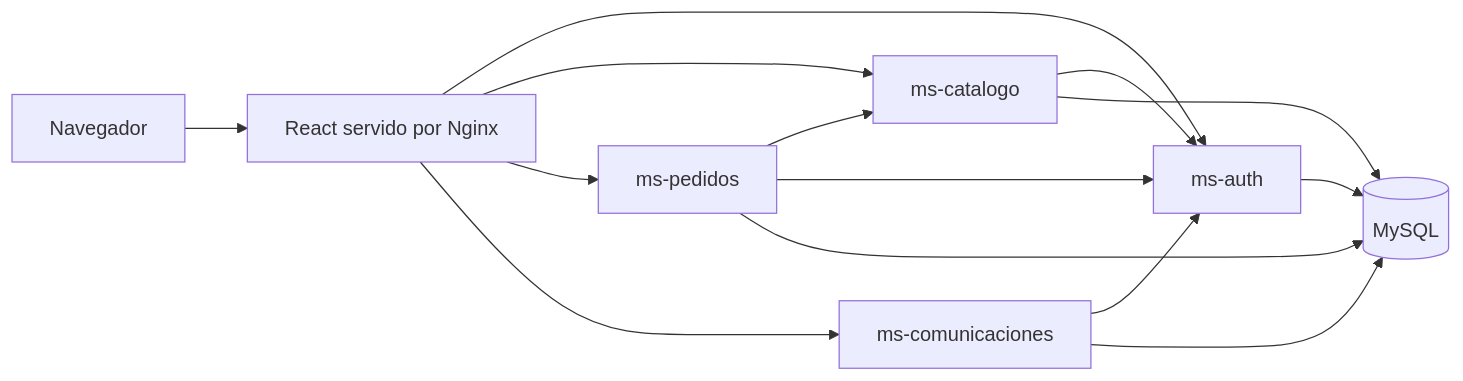
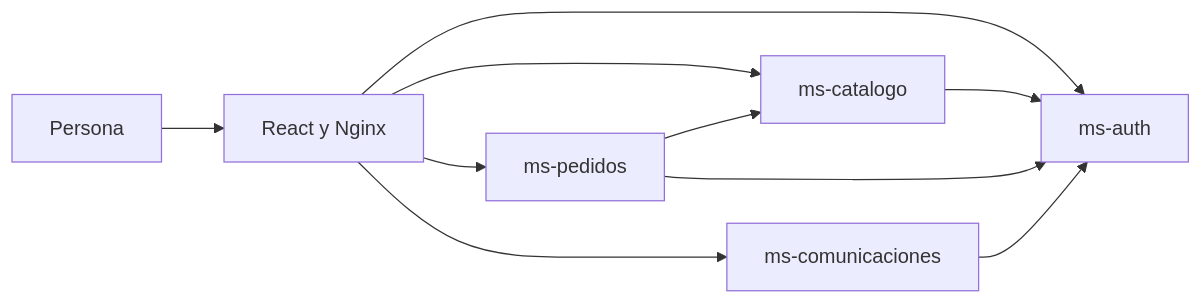
One commit to pablophdev/ja-joyeria changed the diagram in README.md. Above: the diagram before and after it, drawn with Mermaid. The commit also changed other lines of this file, not shown here.

````diff
--- a/README.md
+++ b/README.md
@@ -12,16 +9,12 @@
 ```mermaid
 flowchart LR
-    Navegador --> Frontend[React servido por Nginx]
-    Frontend --> Auth[ms-auth]
-    Frontend --> Catalogo[ms-catalogo]
-    Frontend --> Pedidos[ms-pedidos]
-    Frontend --> Comunicaciones[ms-comunicaciones]
+    Persona --> Web[React y Nginx]
+    Web --> Auth[ms-auth]
+    Web --> Catalogo[ms-catalogo]
+    Web --> Pedidos[ms-pedidos]
+    Web --> Comunicaciones[ms-comunicaciones]
     Pedidos --> Catalogo
     Catalogo --> Auth
     Pedidos --> Auth
     Comunicaciones --> Auth
-    Auth --> DB[(MySQL)]
-    Catalogo --> DB
-    Pedidos --> DB
-    Comunicaciones --> DB
 ```
````
